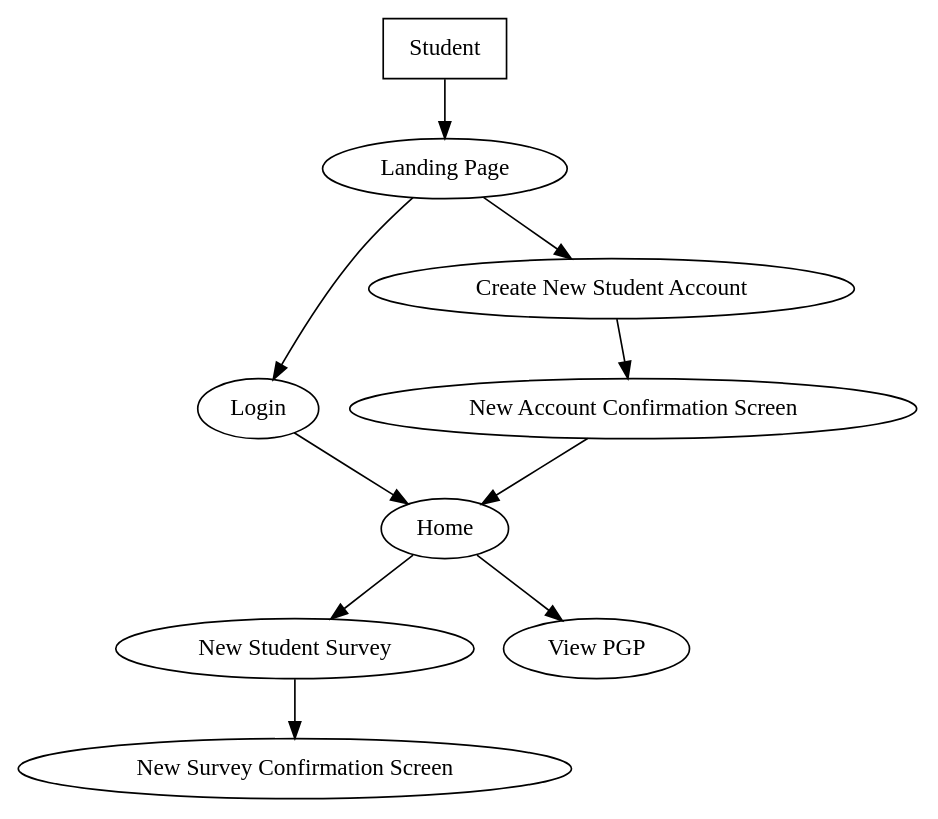
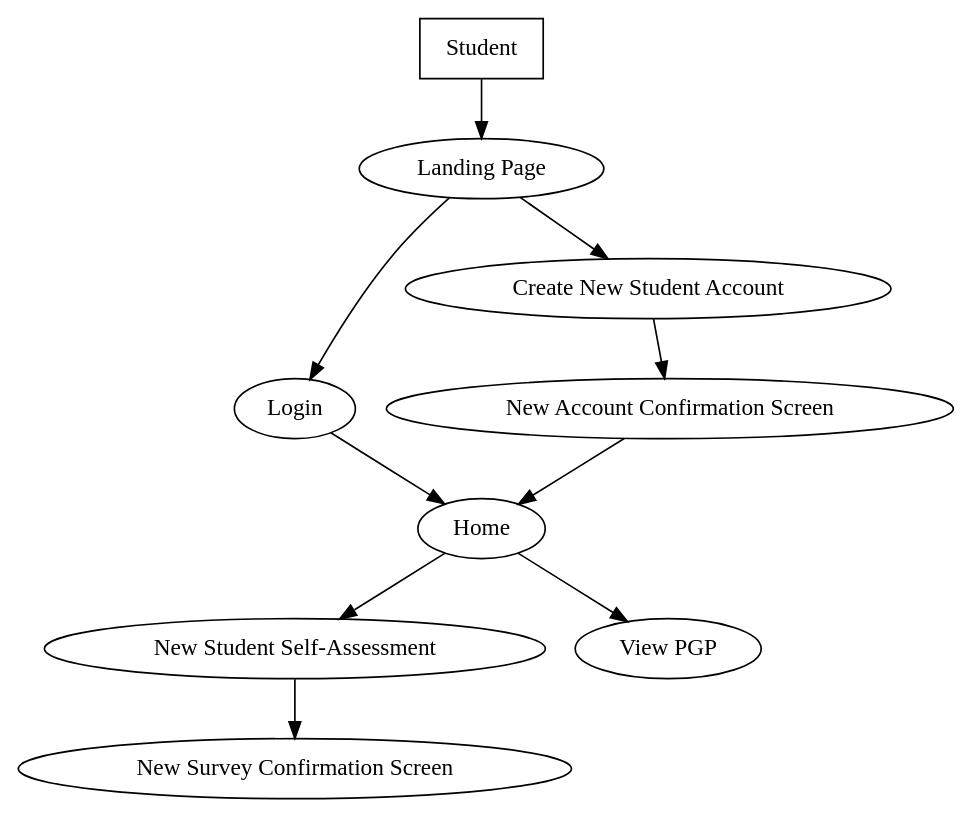
The diagram in user_flows/Student_User_Flow_v2.dot (bhrach/Personalized-Growth-Plan), drawn with Graphviz before and after one commit. The commit also changed 2 other files, not shown here.

```diff
--- a/user_flows/Student_User_Flow_v2.dot
+++ b/user_flows/Student_User_Flow_v2.dot
@@ -1,15 +1,15 @@
 digraph Student_User_Flow{
     a [label="Student", shape=box];
     b [label="Landing Page"];
     c [label="Login"];
     d [label="Create New Student Account"];
     e [label="New Account Confirmation Screen"];
     f [label="Home"];
-    g [label="New Student Survey"];
+    g [label="New Student Self-Assessment"];
     h [label="View PGP"];
     i [label="New Survey Confirmation Screen"];
 
     a -> b -> c -> f -> g  -> i;
     b -> d -> e -> f;
     f -> h;
   }
```
